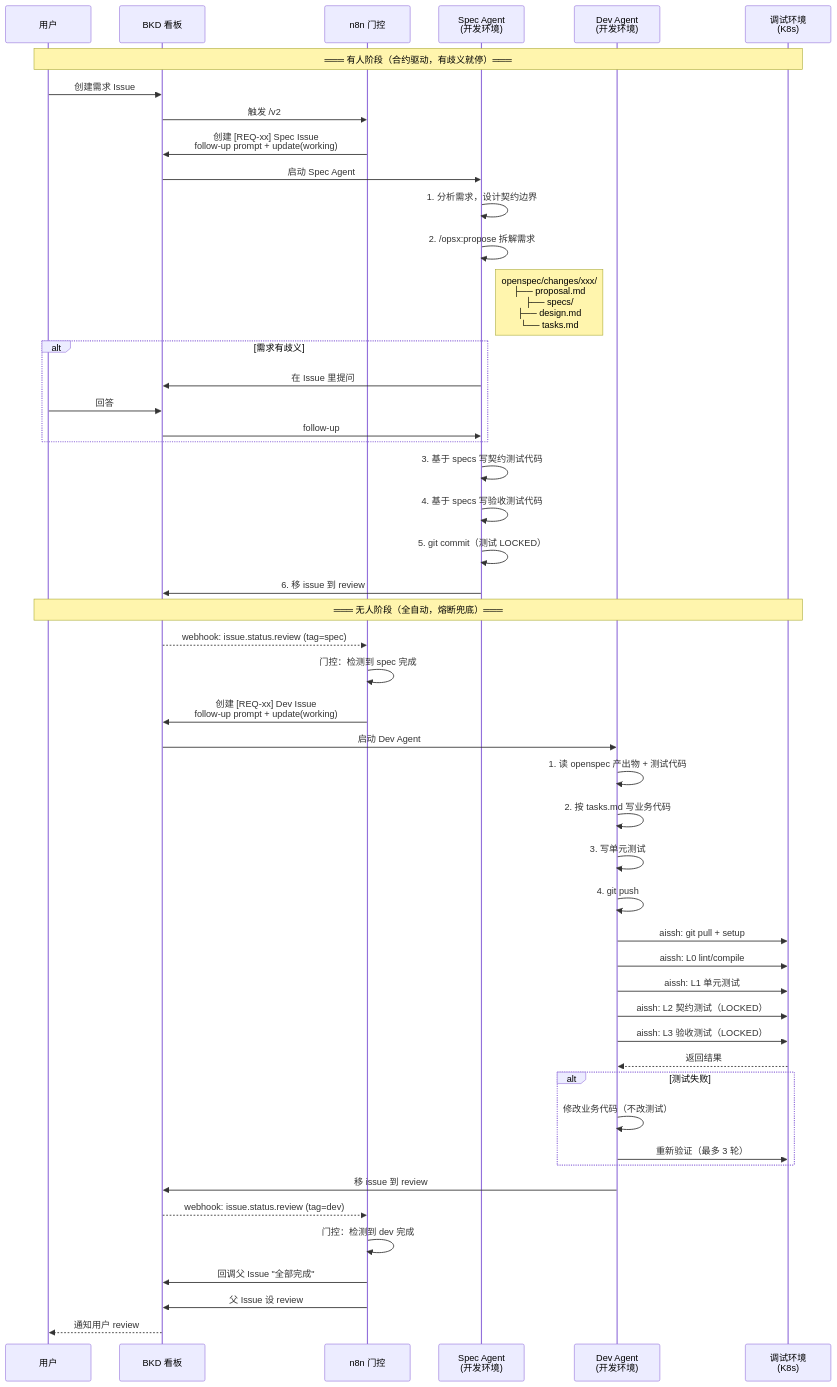
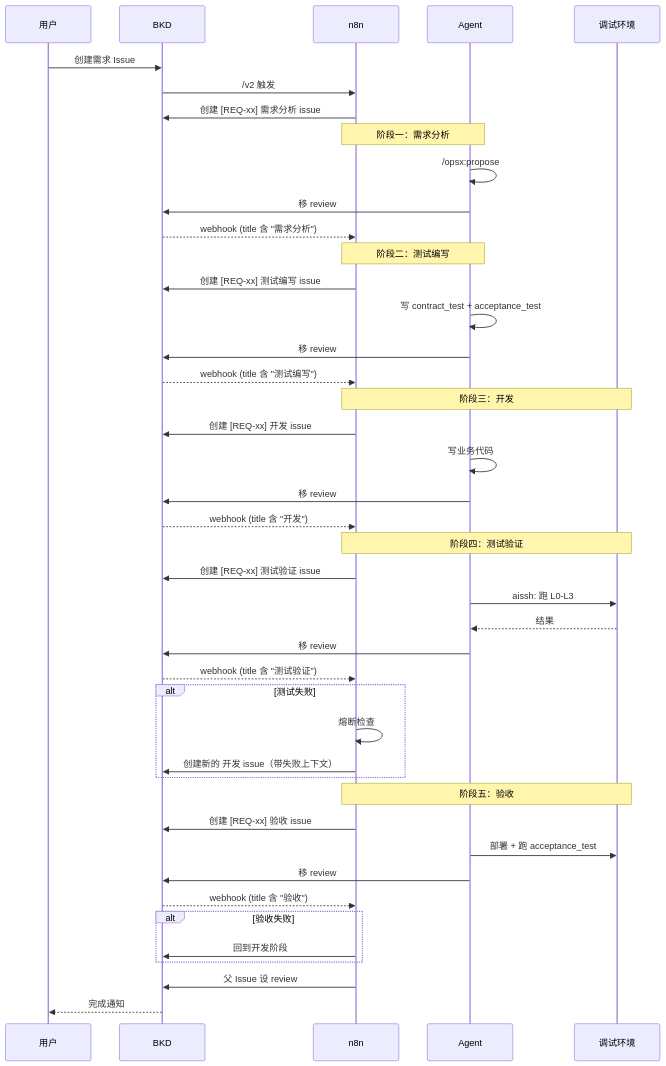
One commit to phona/sisyphus changed the second of 3 diagrams in docs/architecture.md. Above: the diagram before and after it, drawn with Mermaid. The commit also changed other lines of this file, not shown here.

Commit message:
docs: 完整 5 阶段架构 + issue 关联 + 可观测性

````diff
--- a/docs/architecture.md
+++ b/docs/architecture.md
@@ -5,63 +90,54 @@
 ```mermaid
 sequenceDiagram
     participant User as 用户
-    participant BKD as BKD 看板
-    participant N8N as n8n 门控
-    participant Spec as Spec Agent<br/>(开发环境)
-    participant Dev as Dev Agent<br/>(开发环境)
-    participant Debug as 调试环境<br/>(K8s)
-
-    Note over User,Debug: ═══ 有人阶段（合约驱动，有歧义就停）═══
+    participant BKD as BKD
+    participant N8N as n8n
+    participant Agent as Agent
+    participant Debug as 调试环境
 
     User->>BKD: 创建需求 Issue
-    BKD->>N8N: 触发 /v2
-    N8N->>BKD: 创建 [REQ-xx] Spec Issue<br/>follow-up prompt + update(working)
+    BKD->>N8N: /v2 触发
+    N8N->>BKD: 创建 [REQ-xx] 需求分析 issue
 
-    BKD->>Spec: 启动 Spec Agent
-    Spec->>Spec: 1. 分析需求，设计契约边界
-    Spec->>Spec: 2. /opsx:propose 拆解需求
-    Note right of Spec: openspec/changes/xxx/<br/>├── proposal.md<br/>├── specs/<br/>├── design.md<br/>└── tasks.md
+    Note over N8N,Agent: 阶段一：需求分析
+    Agent->>Agent: /opsx:propose
+    Agent->>BKD: 移 review
+    BKD-->>N8N: webhook (title 含 "需求分析")
 
-    alt 需求有歧义
-        Spec->>BKD: 在 Issue 里提问
-        User->>BKD: 回答
-        BKD->>Spec: follow-up
+    Note over N8N,Agent: 阶段二：测试编写
+    N8N->>BKD: 创建 [REQ-xx] 测试编写 issue
+    Agent->>Agent: 写 contract_test + acceptance_test
+    Agent->>BKD: 移 review
+    BKD-->>N8N: webhook (title 含 "测试编写")
+
+    Note over N8N,Debug: 阶段三：开发
+    N8N->>BKD: 创建 [REQ-xx] 开发 issue
+    Agent->>Agent: 写业务代码
+    Agent->>BKD: 移 review
+    BKD-->>N8N: webhook (title 含 "开发")
+
+    Note over N8N,Debug: 阶段四：测试验证
+    N8N->>BKD: 创建 [REQ-xx] 测试验证 issue
+    Agent->>Debug: aissh: 跑 L0-L3
+    Debug-->>Agent: 结果
+    Agent->>BKD: 移 review
+    BKD-->>N8N: webhook (title 含 "测试验证")
+
+    alt 测试失败
+        N8N->>N8N: 熔断检查
+        N8N->>BKD: 创建新的 开发 issue（带失败上下文）
     end
 
-    Spec->>Spec: 3. 基于 specs 写契约测试代码
-    Spec->>Spec: 4. 基于 specs 写验收测试代码
-    Spec->>Spec: 5. git commit（测试 LOCKED）
-    Spec->>BKD: 6. 移 issue 到 review
+    Note over N8N,Debug: 阶段五：验收
+    N8N->>BKD: 创建 [REQ-xx] 验收 issue
+    Agent->>Debug: 部署 + 跑 acceptance_test
+    Agent->>BKD: 移 review
+    BKD-->>N8N: webhook (title 含 "验收")
 
-    Note over User,Debug: ═══ 无人阶段（全自动，熔断兜底）═══
-
-    BKD-->>N8N: webhook: issue.status.review (tag=spec)
-    N8N->>N8N: 门控：检测到 spec 完成
-    N8N->>BKD: 创建 [REQ-xx] Dev Issue<br/>follow-up prompt + update(working)
-
-    BKD->>Dev: 启动 Dev Agent
-    Dev->>Dev: 1. 读 openspec 产出物 + 测试代码
-    Dev->>Dev: 2. 按 tasks.md 写业务代码
-    Dev->>Dev: 3. 写单元测试
-    Dev->>Dev: 4. git push
-
-    Dev->>Debug: aissh: git pull + setup
-    Dev->>Debug: aissh: L0 lint/compile
-    Dev->>Debug: aissh: L1 单元测试
-    Dev->>Debug: aissh: L2 契约测试（LOCKED）
-    Dev->>Debug: aissh: L3 验收测试（LOCKED）
-    Debug-->>Dev: 返回结果
-
-    alt 测试失败
-        Dev->>Dev: 修改业务代码（不改测试）
-        Dev->>Debug: 重新验证（最多 3 轮）
+    alt 验收失败
+        N8N->>BKD: 回到开发阶段
     end
 
-    Dev->>BKD: 移 issue 到 review
-
-    BKD-->>N8N: webhook: issue.status.review (tag=dev)
-    N8N->>N8N: 门控：检测到 dev 完成
-    N8N->>BKD: 回调父 Issue "全部完成"
     N8N->>BKD: 父 Issue 设 review
-    BKD-->>User: 通知用户 review
+    BKD-->>User: 完成通知
 ```
````
